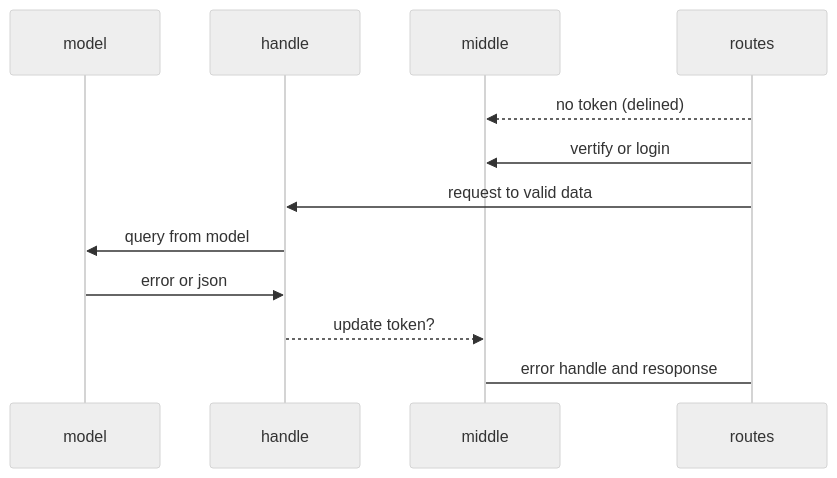
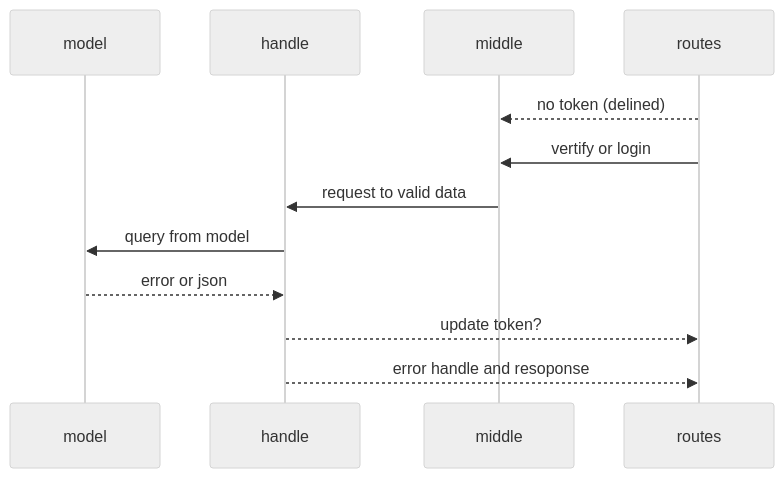
Before and after one commit to Sieluna/ShaderLab-Draft: the third of 6 diagrams in docs/ShaderLabAPI.md, drawn with Mermaid (neutral theme). The commit also changed other lines of this file and 25 other files, not shown here.

````diff
--- a/docs/ShaderLabAPI.md
+++ b/docs/ShaderLabAPI.md
@@ -58,14 +61,14 @@
 ```mermaid
 sequenceDiagram
     participant model
     participant handle
     participant middle
     participant routes
-    routes-->>middle: no token (delined)
-    routes->>middle: vertify or login
-    routes->>handle: request to valid data 
-    handle->>model: query from model
-    model->>handle: error or json
-    handle-->>middle: update token?
-    middle->routes: error handle and resoponse
+    routes -->> middle: no token (delined)
+    routes ->> middle: vertify or login
+    middle ->> handle: request to valid data 
+    handle ->> model: query from model
+    model -->> handle: error or json
+    handle -->> routes: update token?
+    handle -->> routes: error handle and resoponse
 ```
````
